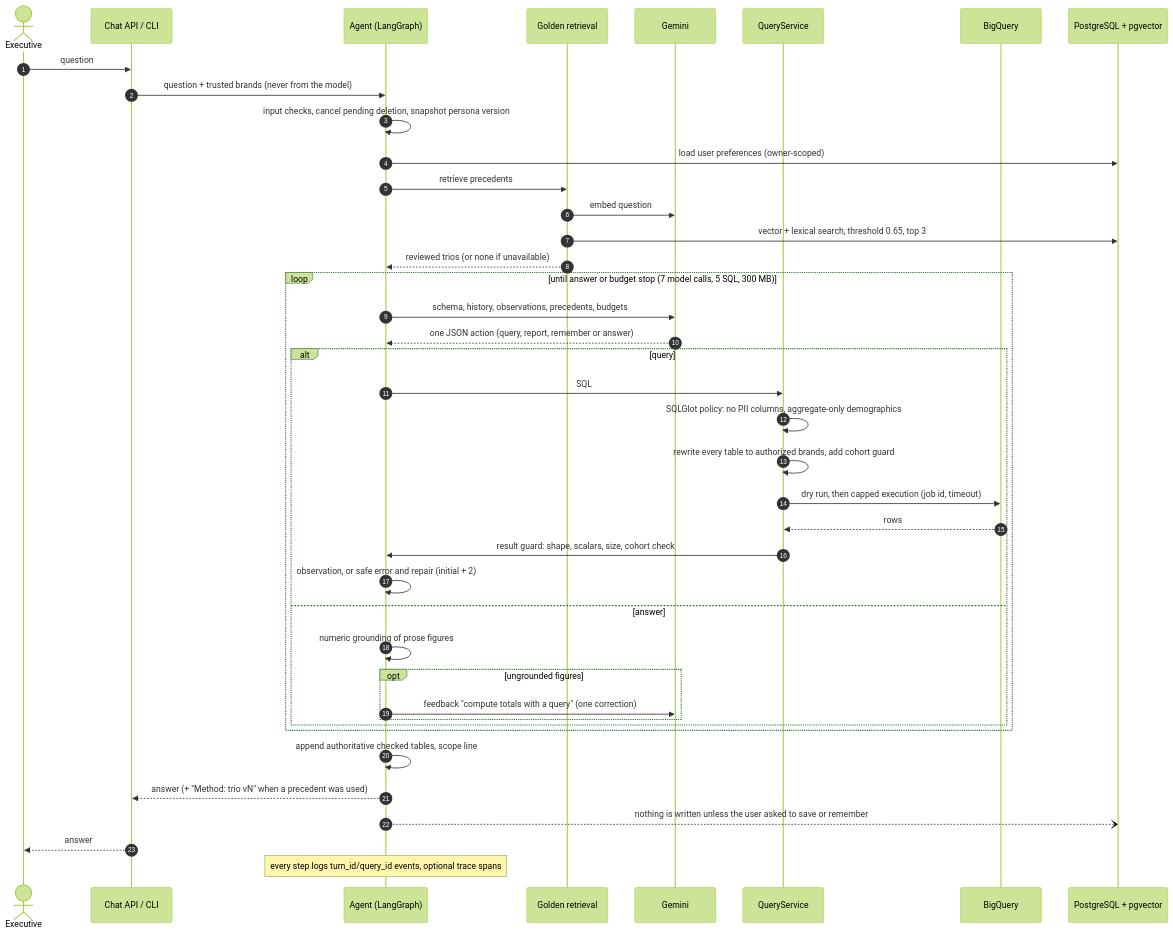
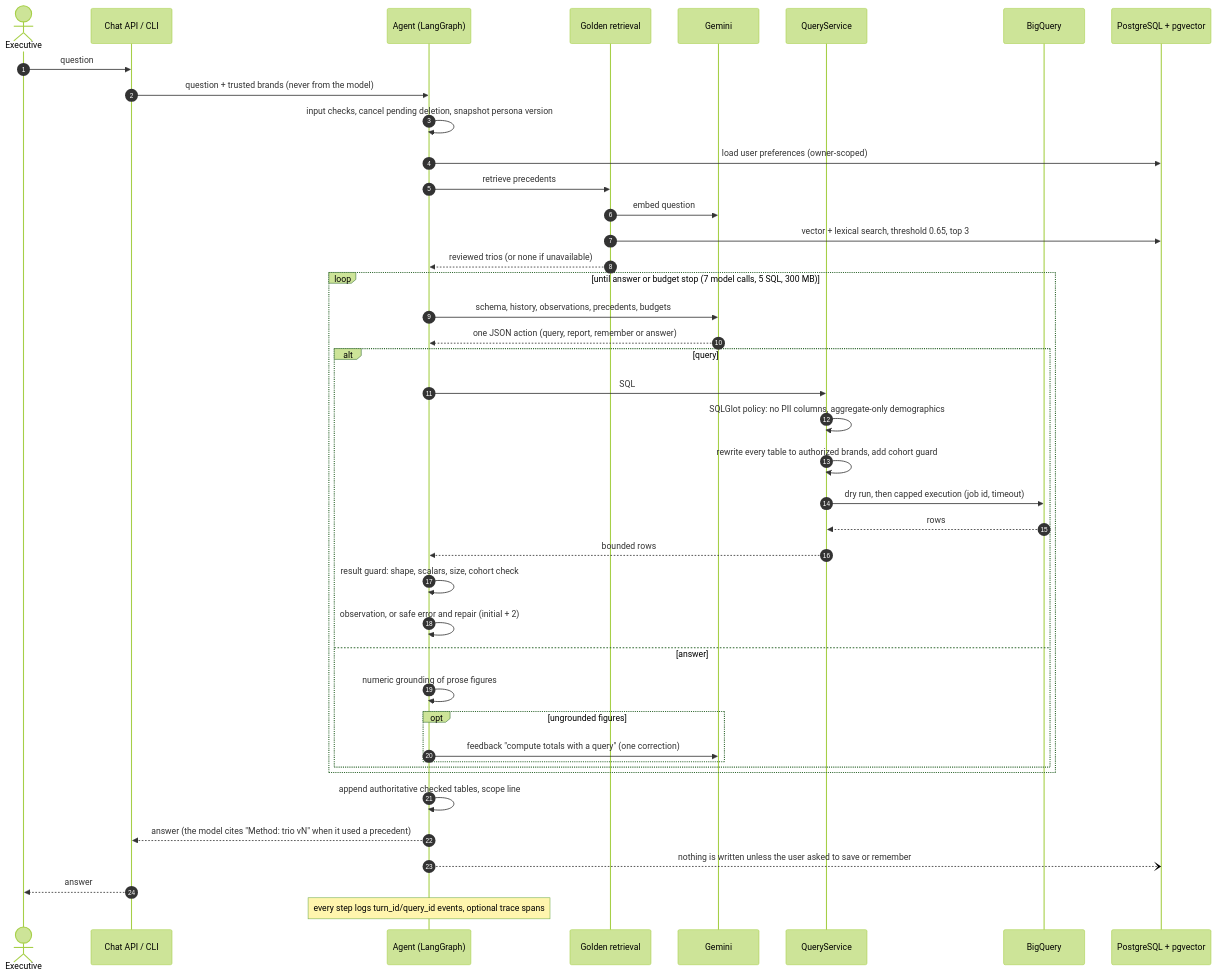
The diagram in HLD/request-sequence.mmd (BenFruit/opsfleet_retail), drawn with Mermaid (forest theme) before and after one commit. The commit also changed 44 other files, not shown here.

```diff
--- a/HLD/request-sequence.mmd
+++ b/HLD/request-sequence.mmd
@@ -1,44 +1,45 @@
 %% One analytical question end to end. Implemented in the prototype except the
 %% API/identity hop (the CLI uses a trusted startup identity instead).
 sequenceDiagram
     autonumber
     actor U as Executive
     participant API as Chat API / CLI
     participant A as Agent (LangGraph)
     participant K as Golden retrieval
     participant G as Gemini
     participant Q as QueryService
     participant BQ as BigQuery
     participant PG as PostgreSQL + pgvector
 
     U->>API: question
     API->>A: question + trusted brands (never from the model)
     A->>A: input checks, cancel pending deletion, snapshot persona version
     A->>PG: load user preferences (owner-scoped)
     A->>K: retrieve precedents
     K->>G: embed question
     K->>PG: vector + lexical search, threshold 0.65, top 3
     K-->>A: reviewed trios (or none if unavailable)
     loop until answer or budget stop (7 model calls, 5 SQL, 300 MB)
         A->>G: schema, history, observations, precedents, budgets
         G-->>A: one JSON action (query, report, remember or answer)
         alt query
             A->>Q: SQL
             Q->>Q: SQLGlot policy: no PII columns, aggregate-only demographics
             Q->>Q: rewrite every table to authorized brands, add cohort guard
             Q->>BQ: dry run, then capped execution (job id, timeout)
             BQ-->>Q: rows
-            Q->>A: result guard: shape, scalars, size, cohort check
+            Q-->>A: bounded rows
+            A->>A: result guard: shape, scalars, size, cohort check
             A->>A: observation, or safe error and repair (initial + 2)
         else answer
             A->>A: numeric grounding of prose figures
             opt ungrounded figures
                 A->>G: feedback "compute totals with a query" (one correction)
             end
         end
     end
     A->>A: append authoritative checked tables, scope line
-    A-->>API: answer (+ "Method: trio vN" when a precedent was used)
+    A-->>API: answer (the model cites "Method: trio vN" when it used a precedent)
     A--)PG: nothing is written unless the user asked to save or remember
     API-->>U: answer
     Note over A: every step logs turn_id/query_id events, optional trace spans
```
